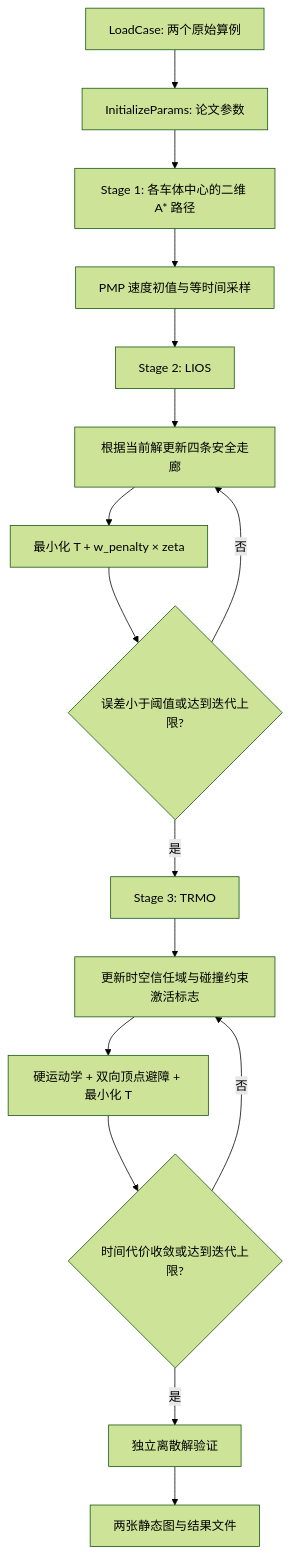
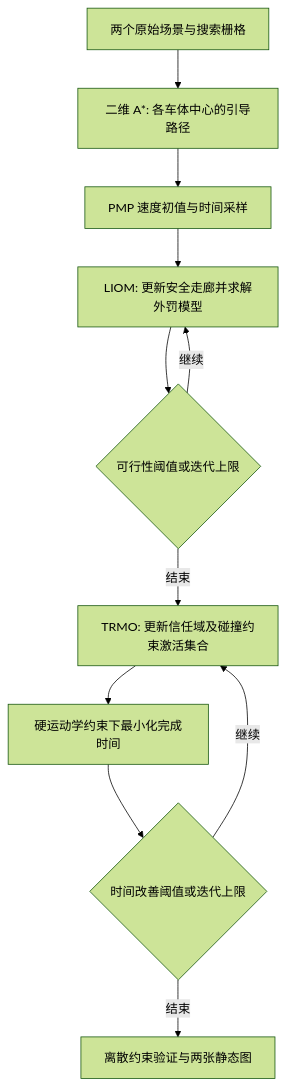
One commit to libai1943/tractor_trailer_traj_opt changed the diagram in README.md. Above: the diagram before and after it, drawn with Mermaid (forest theme). The commit also changed other lines of this file and 39 other files, not shown here.

Commit message:
Publish Chapter 9 C++ LIOM/TRMO examples with protected guiding search

````diff
--- a/README.md
+++ b/README.md
@@ -59,18 +25,13 @@
 ```mermaid
 flowchart TD
-    A[LoadCase: 两个原始算例] --> B[InitializeParams: 论文参数]
-    B --> C[Stage 1: 各车体中心的二维 A* 路径]
-    C --> D[PMP 速度初值与等时间采样]
-    D --> E[Stage 2: LIOS]
-    E --> F[根据当前解更新四条安全走廊]
-    F --> G[最小化 T + w_penalty × zeta]
-    G --> H{误差小于阈值或达到迭代上限?}
-    H -- 否 --> F
-    H -- 是 --> I[Stage 3: TRMO]
-    I --> J[更新时空信任域与碰撞约束激活标志]
-    J --> K[硬运动学 + 双向顶点避障 + 最小化 T]
-    K --> L{时间代价收敛或达到迭代上限?}
-    L -- 否 --> J
-    L -- 是 --> M[独立离散解验证]
-    M --> N[两张静态图与结果文件]
+    A[两个原始场景与搜索栅格] --> B[二维 A*: 各车体中心的引导路径]
+    B --> C[PMP 速度初值与时间采样]
+    C --> D[LIOM: 更新安全走廊并求解外罚模型]
+    D --> E{可行性阈值或迭代上限}
+    E -- 继续 --> D
+    E -- 结束 --> F[TRMO: 更新信任域及碰撞约束激活集合]
+    F --> G[硬运动学约束下最小化完成时间]
+    G --> H{时间改善阈值或迭代上限}
+    H -- 继续 --> F
+    H -- 结束 --> I[离散约束验证与两张静态图]
 ```
````
